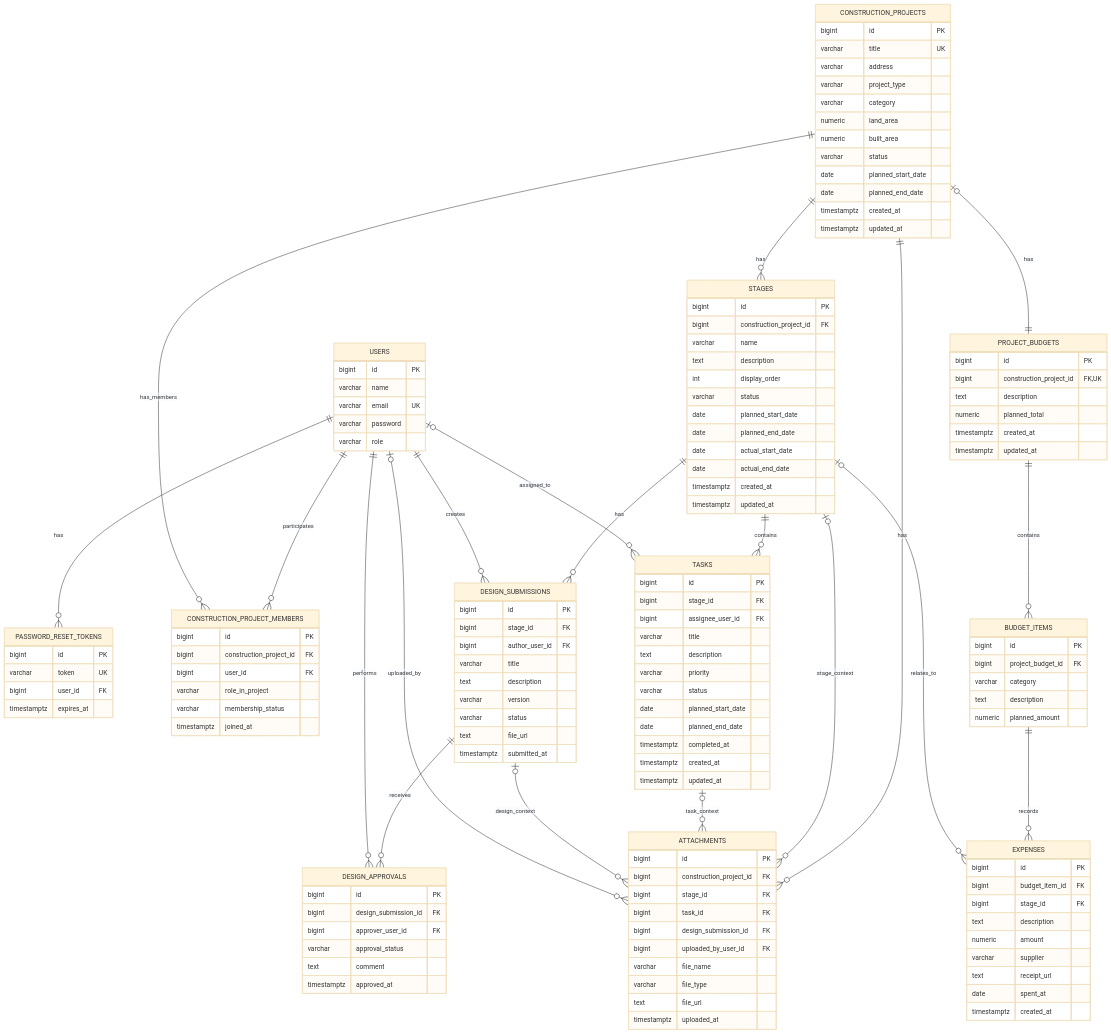
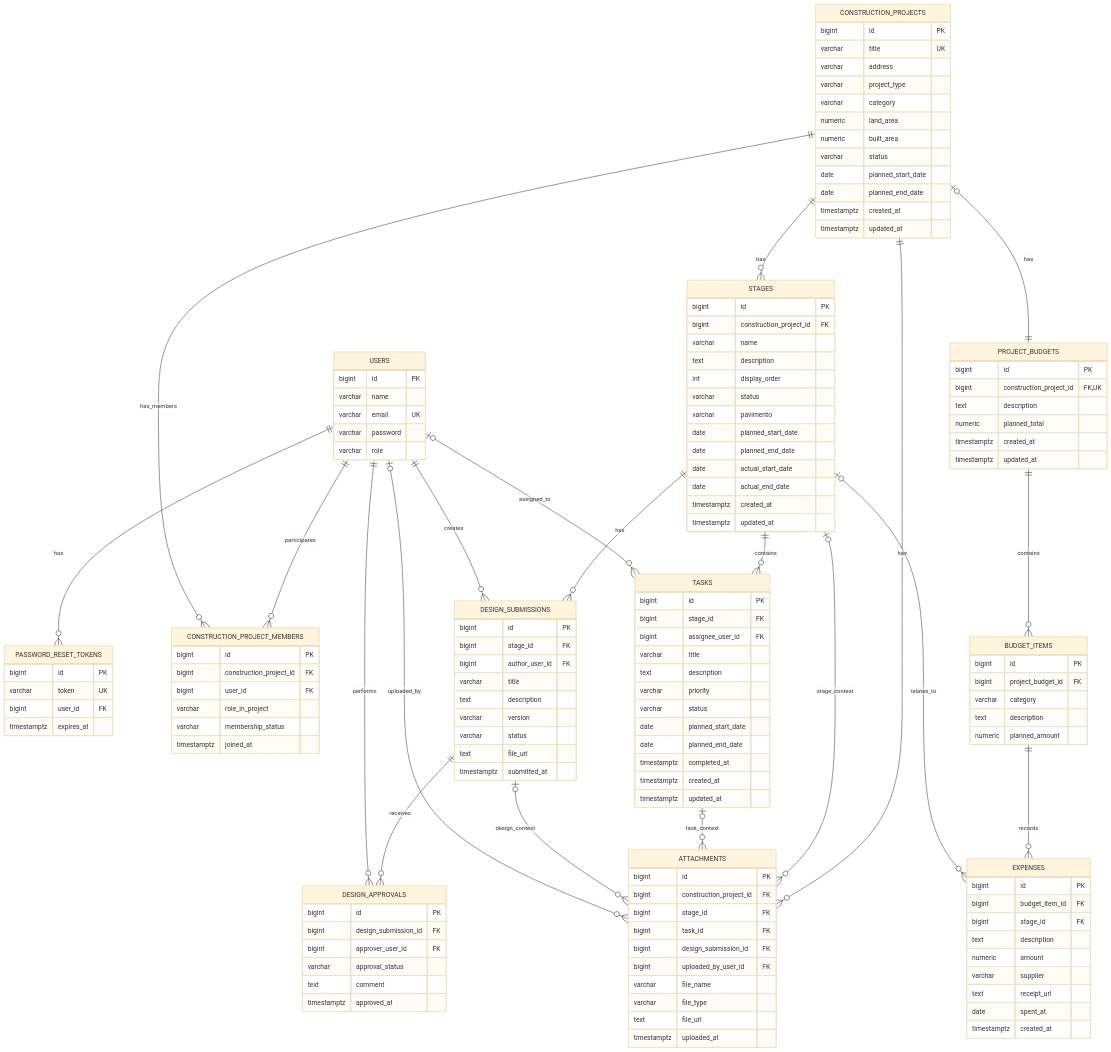
The diagram in src/main/resources/db/migration/README_db_migrations.md (gdserafini/prissma-server), drawn with Mermaid (base theme) before and after one commit. The commit also changed other lines of this file and 15 other files, not shown here.

```diff
--- a/src/main/resources/db/migration/README_db_migrations.md
+++ b/src/main/resources/db/migration/README_db_migrations.md
@@ -58,6 +58,7 @@
         text description
         int display_order
         varchar status
+        varchar pavimento
         date planned_start_date
         date planned_end_date
         date actual_start_date
```
